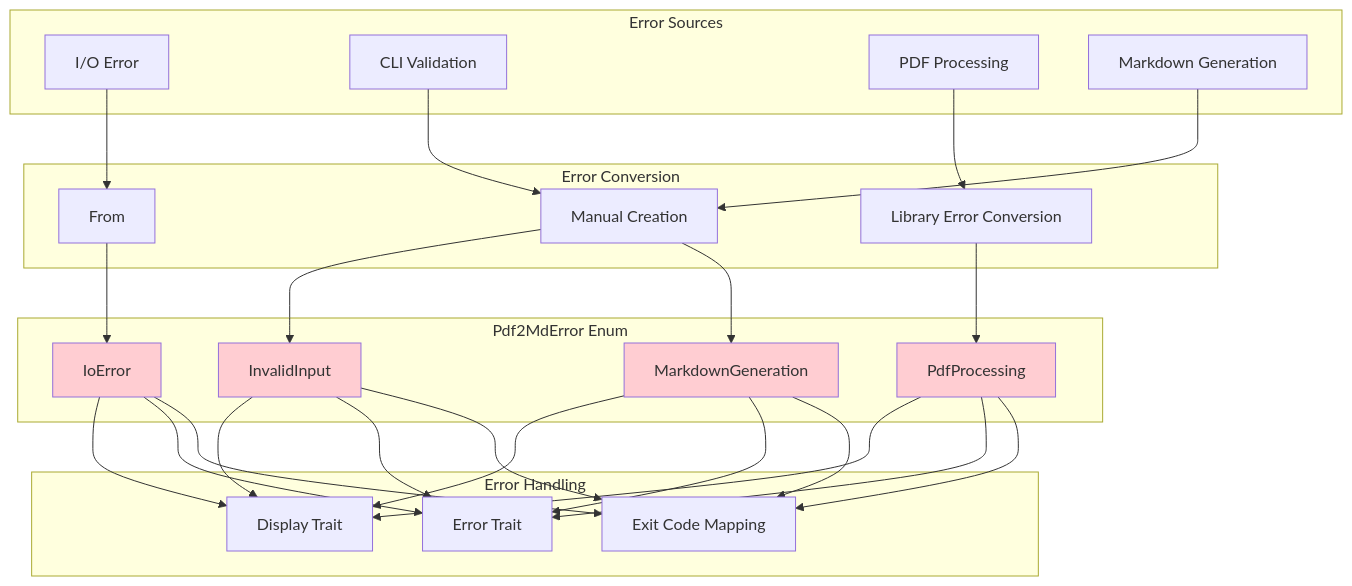
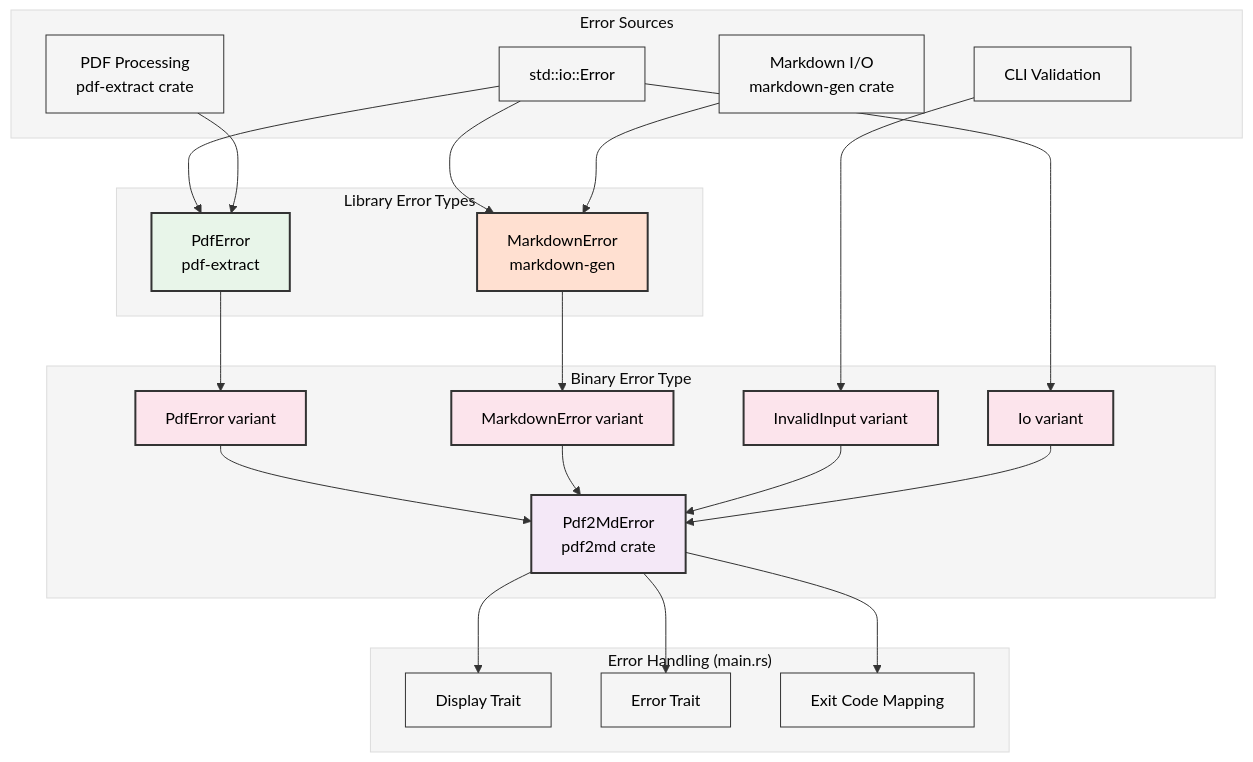
One commit to softwarewrighter/pdf2md changed the first of 2 diagrams in wiki/Error-Handling-Component.md. Above: the diagram before and after it, drawn with Mermaid. The commit also changed other lines of this file and 12 other files, not shown here.

First line of the commit message:
docs: update wiki and docs for workspace architecture

````diff
--- a/wiki/Error-Handling-Component.md
+++ b/wiki/Error-Handling-Component.md
@@ -19,57 +21,56 @@
 ```mermaid
+%%{init: {'theme':'base', 'themeVariables': {'primaryColor':'#f5f5f5','primaryTextColor':'#000','primaryBorderColor':'#333','lineColor':'#333','secondaryColor':'#f5f5f5','tertiaryColor':'#f5f5f5'}}}%%
 graph TB
     subgraph "Error Sources"
-        A[I/O Error]
+        A[std::io::Error]
         B[CLI Validation]
-        C[PDF Processing]
-        D[Markdown Generation]
+        C[PDF Processing<br/>pdf-extract crate]
+        D[Markdown I/O<br/>markdown-gen crate]
     end
 
-    subgraph "Error Conversion"
-        E[From<io::Error>]
-        F[Manual Creation]
-        G[Library Error Conversion]
+    subgraph "Library Error Types"
+        E[PdfError<br/>pdf-extract]
+        F[MarkdownError<br/>markdown-gen]
     end
 
-    subgraph "Pdf2MdError Enum"
-        H[InvalidInput]
-        I[IoError]
-        J[PdfProcessing]
-        K[MarkdownGeneration]
+    subgraph "Binary Error Type"
+        G[Pdf2MdError<br/>pdf2md crate]
+        H[InvalidInput variant]
+        I[PdfError variant]
+        J[MarkdownError variant]
+        K[Io variant]
     end
 
-    subgraph "Error Handling"
+    subgraph "Error Handling (main.rs)"
         L[Display Trait]
         M[Error Trait]
         N[Exit Code Mapping]
     end
 
     A --> E
+    A --> F
+    C --> E
+    D --> F
+
     E --> I
-    B --> F
-    F --> H
-    C --> G
-    G --> J
-    D --> F
-    F --> K
+    F --> J
+    B --> H
+    A --> K
 
-    H --> L
-    I --> L
-    J --> L
-    K --> L
+    I --> G
+    J --> G
+    H --> G
+    K --> G
 
-    H --> M
-    I --> M
-    J --> M
-    K --> M
+    G --> L
+    G --> M
+    G --> N
 
-    H --> N
-    I --> N
-    J --> N
-    K --> N
-
-    style H fill:#ffcdd2
-    style I fill:#ffcdd2
-    style J fill:#ffcdd2
-    style K fill:#ffcdd2
+    style E fill:#e8f5e9,stroke:#333,stroke-width:2px,color:#000
+    style F fill:#ffe0d1,stroke:#333,stroke-width:2px,color:#000
+    style G fill:#f4e8f7,stroke:#333,stroke-width:2px,color:#000
+    style H fill:#fce4ec,stroke:#333,stroke-width:2px,color:#000
+    style I fill:#fce4ec,stroke:#333,stroke-width:2px,color:#000
+    style J fill:#fce4ec,stroke:#333,stroke-width:2px,color:#000
+    style K fill:#fce4ec,stroke:#333,stroke-width:2px,color:#000
 ```
````
